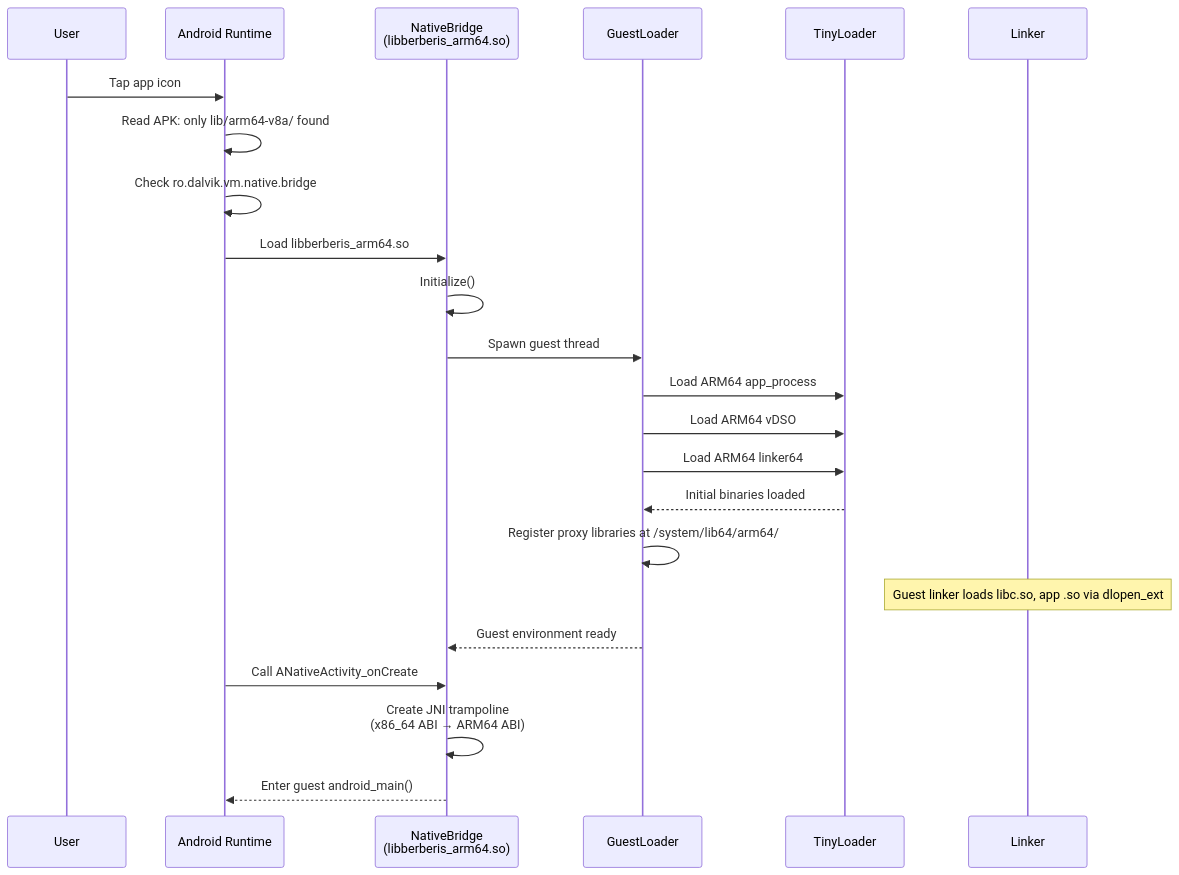
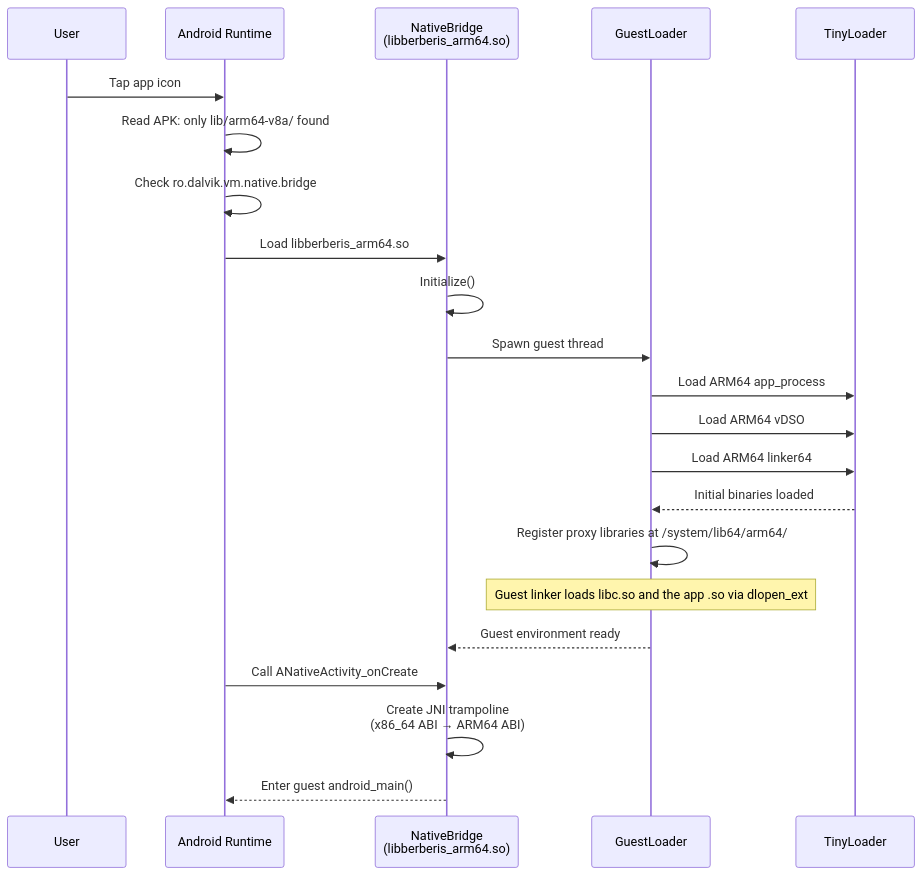
One commit to DigitalisX64/digitalis changed diagram 35 of 50 in docs/how-it-works.md. Above: the diagram before and after it, drawn with Mermaid. The commit also changed other lines of this file, not shown here.

````diff
--- a/docs/how-it-works.md
+++ b/docs/how-it-works.md
@@ -1994,25 +2037,25 @@
 ```mermaid
 sequenceDiagram
     participant User
     participant ART as Android Runtime
     participant NB as NativeBridge<br/>(libberberis_arm64.so)
     participant GL as GuestLoader
     participant TL as TinyLoader
 
     User->>ART: Tap app icon
     ART->>ART: Read APK: only lib/arm64-v8a/ found
     ART->>ART: Check ro.dalvik.vm.native.bridge
     ART->>NB: Load libberberis_arm64.so
     NB->>NB: Initialize()
     NB->>GL: Spawn guest thread
     GL->>TL: Load ARM64 app_process
     GL->>TL: Load ARM64 vDSO
     GL->>TL: Load ARM64 linker64
     TL-->>GL: Initial binaries loaded
     GL->>GL: Register proxy libraries at /system/lib64/arm64/
-    Note over Linker: Guest linker loads libc.so, app .so via dlopen_ext
+    Note over GL: Guest linker loads libc.so and the app .so via dlopen_ext
     GL-->>NB: Guest environment ready
     ART->>NB: Call ANativeActivity_onCreate
     NB->>NB: Create JNI trampoline<br/>(x86_64 ABI → ARM64 ABI)
     NB-->>ART: Enter guest android_main()
 ```
````
